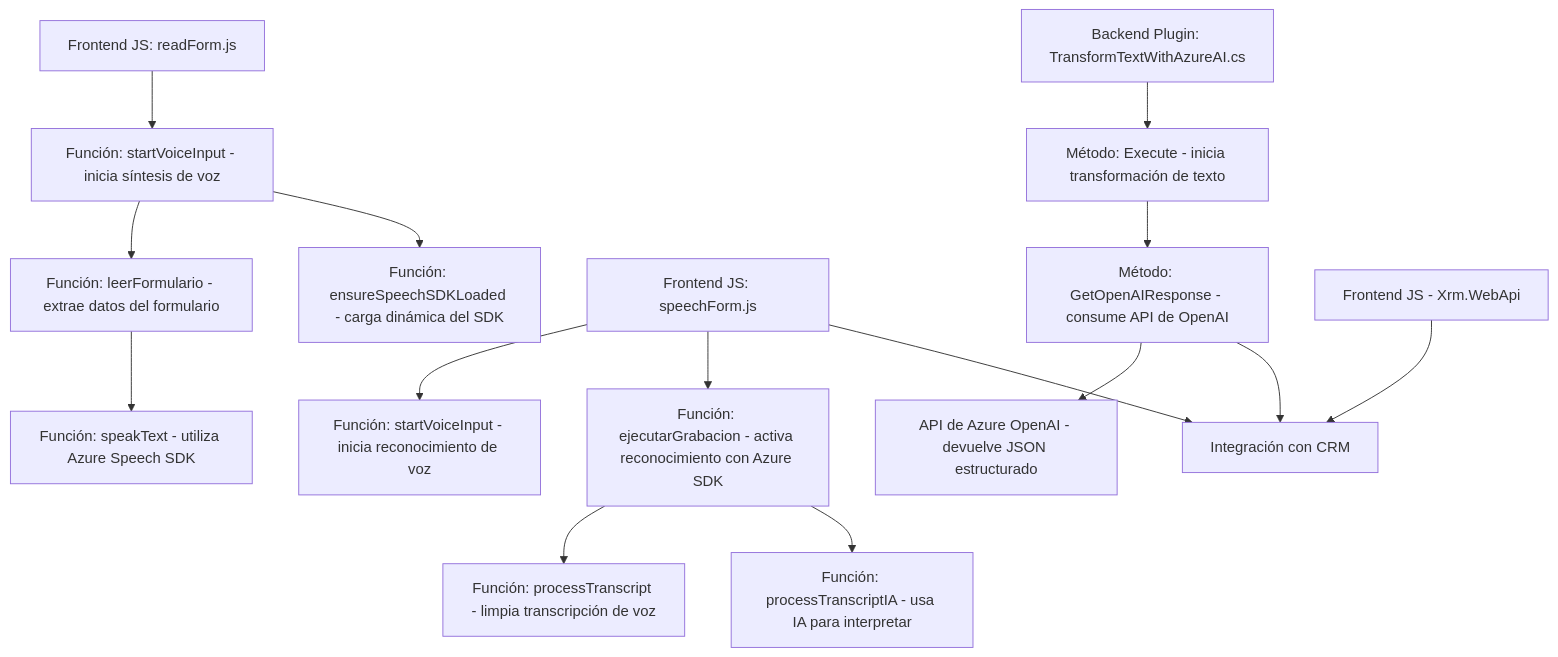
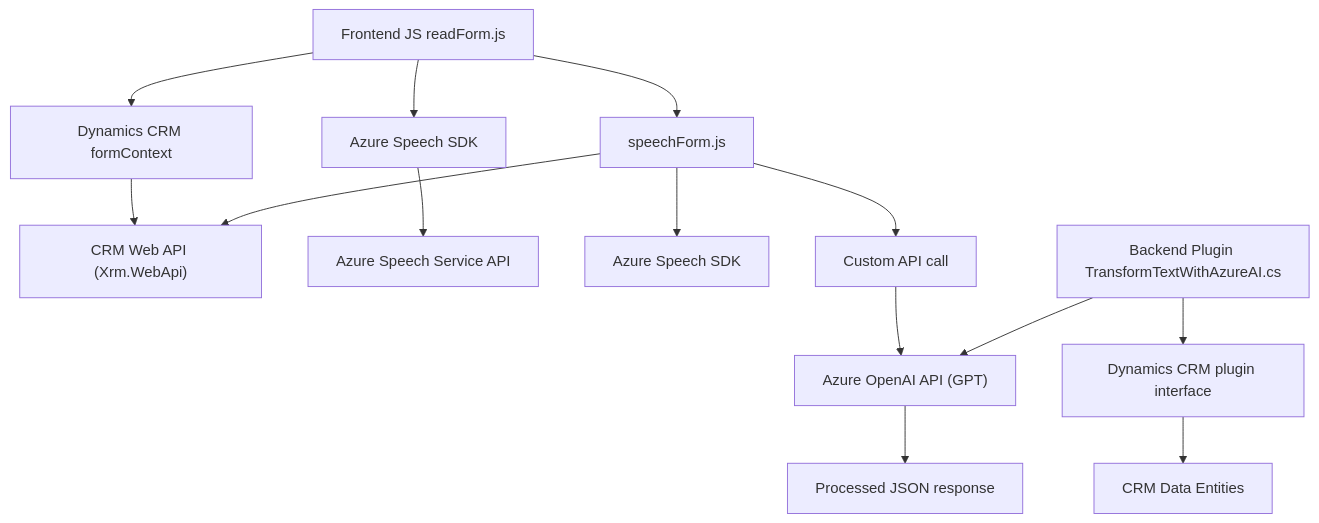
Before and after one commit to blopezdm/NETCORE_BILBAO2025: the diagram in README.md, drawn with Mermaid. The commit also changed other lines of this file, not shown here.

Commit message:
Actualizar análisis global de la solución con IA

````diff
--- a/README.md
+++ b/README.md
@@ -57,20 +60,16 @@
 ```mermaid
 graph TD
-    A["Frontend JS: readForm.js"] --> B["Función: startVoiceInput - inicia síntesis de voz"]
-    B --> C["Función: leerFormulario - extrae datos del formulario"]
-    C --> D["Función: speakText - utiliza Azure Speech SDK"]
-    B --> E["Función: ensureSpeechSDKLoaded - carga dinámica del SDK"]
-
-    F["Frontend JS: speechForm.js"] --> G["Función: startVoiceInput - inicia reconocimiento de voz"]
-    F --> H["Función: ejecutarGrabacion - activa reconocimiento con Azure SDK"]
-    H --> I["Función: processTranscript - limpia transcripción de voz"]
-    H --> J["Función: processTranscriptIA - usa IA para interpretar"]
-
-    K["Backend Plugin: TransformTextWithAzureAI.cs"] --> L["Método: Execute - inicia transformación de texto"]
-    L --> M["Método: GetOpenAIResponse - consume API de OpenAI"]
-    M --> N["API de Azure OpenAI - devuelve JSON estructurado"]
-
-    O["Frontend JS - Xrm.WebApi"] --> P["Integración con CRM"]
-    F --> P
-    M --> P
+    A["Frontend JS readForm.js"] --> B["Azure Speech SDK"]
+    A --> C["Dynamics CRM formContext"]
+    C --> D["CRM Web API (Xrm.WebApi)"]
+    B --> E["Azure Speech Service API"]
+    A --> F["speechForm.js"]
+    F --> G["Azure Speech SDK"]
+    F --> D
+    F --> H["Custom API call"]
+    H --> I["Azure OpenAI API (GPT)"]
+    I --> J["Processed JSON response"]
+    K["Backend Plugin TransformTextWithAzureAI.cs"] --> L["Dynamics CRM plugin interface"]
+    K --> I
+    L --> M["CRM Data Entities"]
 ```
````
